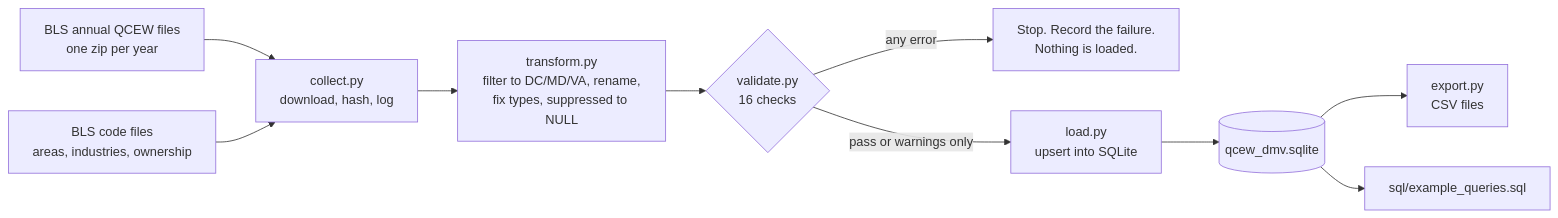
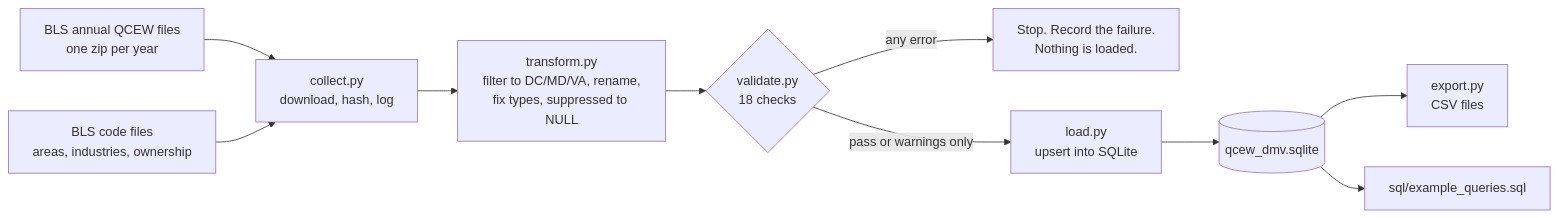
The diagram in docs/architecture.md (oseiakotokwarteng-R-Insights/managed-analytics-labor-market-pipeline), drawn with Mermaid before and after one commit. The commit also changed other lines of this file and 6 other files, not shown here.

````diff
--- a/docs/architecture.md
+++ b/docs/architecture.md
@@ -3,12 +3,12 @@
 ```mermaid
 flowchart LR
     A[BLS annual QCEW files<br/>one zip per year] --> B[collect.py<br/>download, hash, log]
     R[BLS code files<br/>areas, industries, ownership] --> B
     B --> C[transform.py<br/>filter to DC/MD/VA, rename,<br/>fix types, suppressed to NULL]
-    C --> D{validate.py<br/>16 checks}
+    C --> D{validate.py<br/>18 checks}
     D -- any error --> F[Stop. Record the failure.<br/>Nothing is loaded.]
     D -- pass or warnings only --> E[load.py<br/>upsert into SQLite]
     E --> G[(qcew_dmv.sqlite)]
     G --> H[export.py<br/>CSV files]
     G --> I[sql/example_queries.sql]
 ```
````
